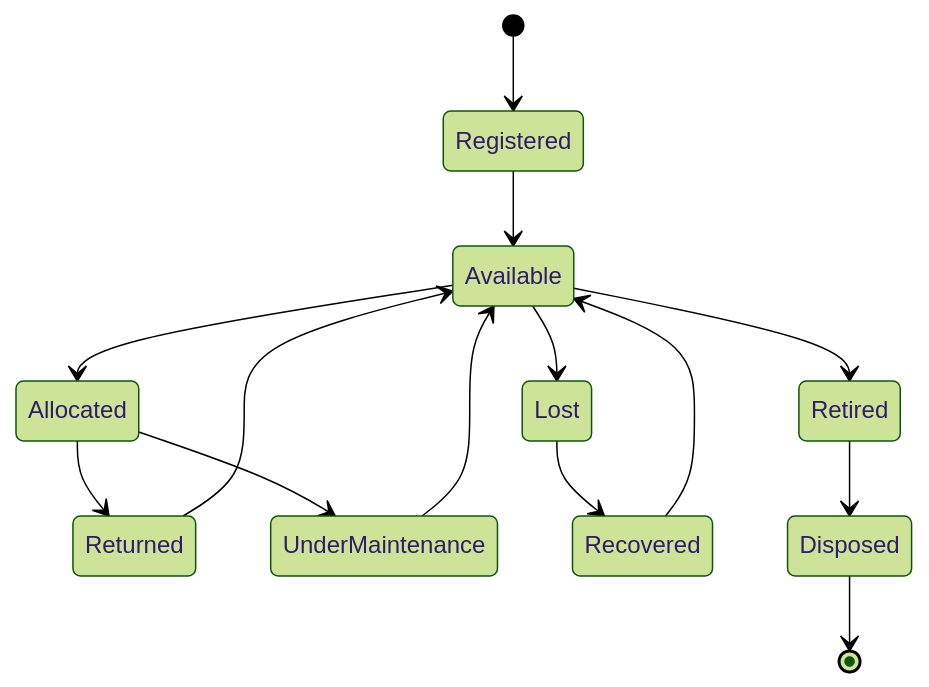
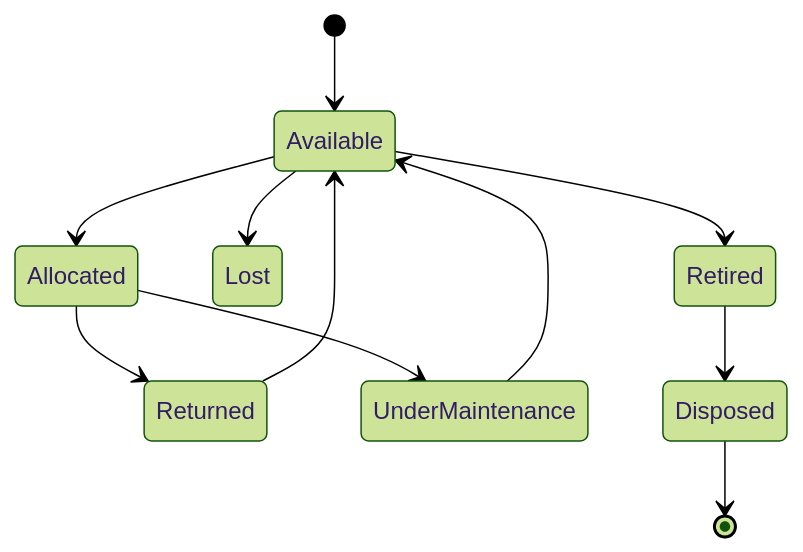
Before and after one commit to shrxprxyx/odoo-hackathon: the sixth of 7 diagrams in readme.md, drawn with Mermaid (forest theme). The commit also changed other lines of this file, not shown here.

````diff
--- a/readme.md
+++ b/readme.md
@@ -319,29 +154,14 @@
 ```mermaid
 stateDiagram-v2
 
-[*] --> Registered
-
-Registered --> Available
-
+[*] --> Available
 Available --> Allocated
-
 Allocated --> Returned
-
 Returned --> Available
-
 Allocated --> UnderMaintenance
-
 UnderMaintenance --> Available
-
 Available --> Lost
-
-Lost --> Recovered
-
-Recovered --> Available
-
 Available --> Retired
-
 Retired --> Disposed
-
 Disposed --> [*]
 ```
````
